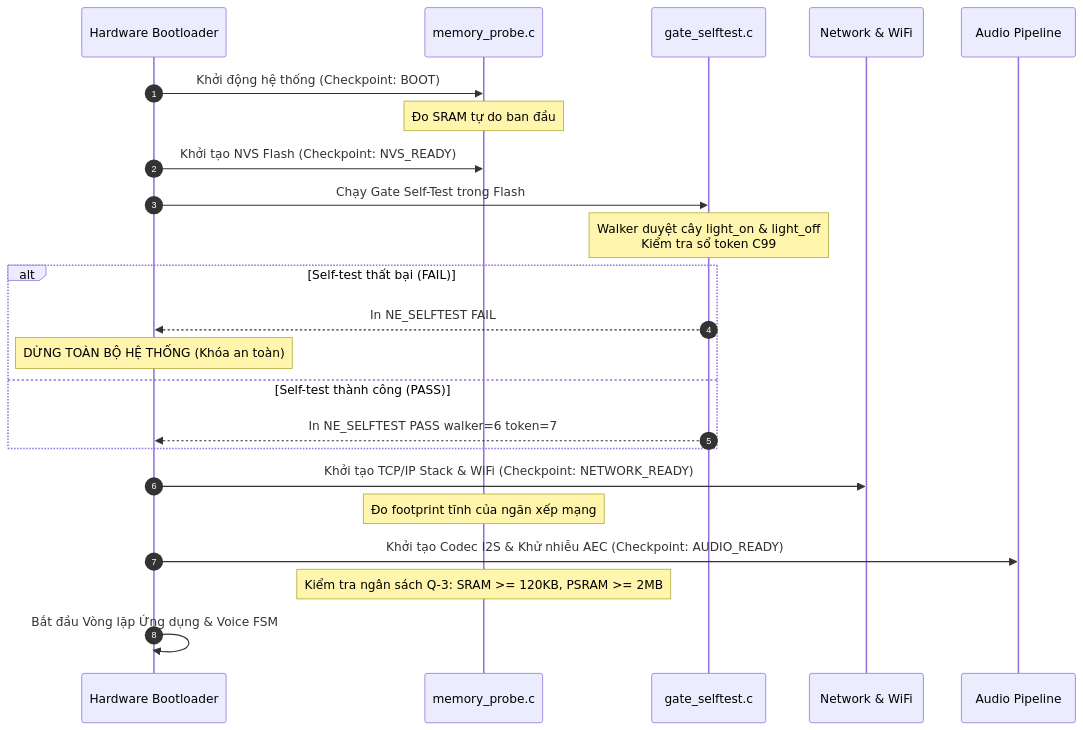
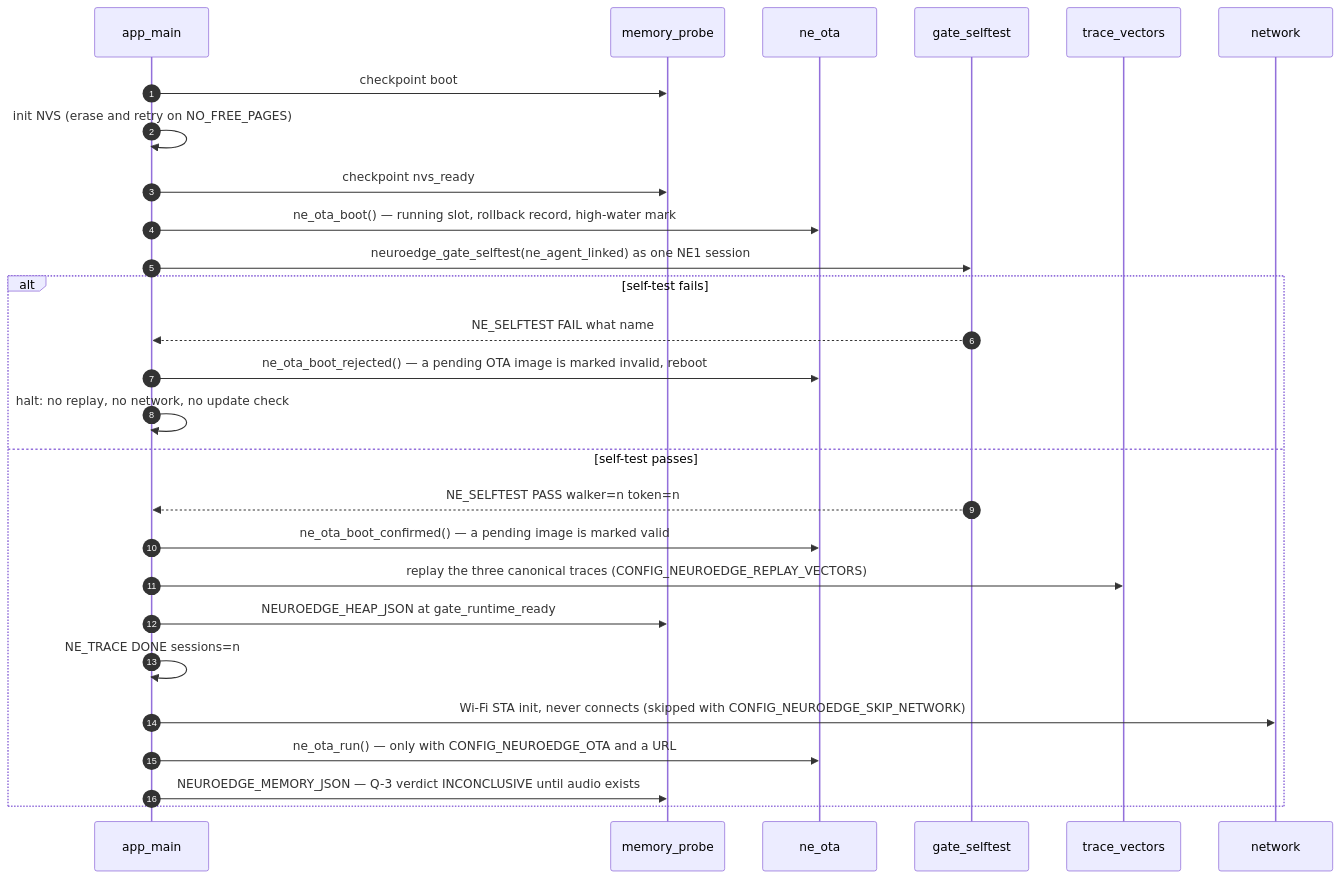
One commit to letrongminh/neuroedge-init changed the first of 2 diagrams in docs/architecture/vi/04-component-device-c4l3.md. Above: the diagram before and after it, drawn with Mermaid. The commit also changed other lines of this file and 63 other files, not shown here.

First line of the commit message:
docs(architecture): rebuild the suite from main — C4 L1–L4, deployment, ADR, NFR, VI/EN

````diff
--- a/docs/architecture/vi/04-component-device-c4l3.md
+++ b/docs/architecture/vi/04-component-device-c4l3.md
@@ -107,30 +91,29 @@
 ```mermaid
 sequenceDiagram
     autonumber
-    participant HW as Hardware Bootloader
-    participant M as memory_probe.c
-    participant G as gate_selftest.c
-    participant N as Network & WiFi
-    participant A as Audio Pipeline
-
-    HW->>M: Khởi động hệ thống (Checkpoint: BOOT)
-    Note over M: Đo SRAM tự do ban đầu
-    HW->>M: Khởi tạo NVS Flash (Checkpoint: NVS_READY)
-    
-    HW->>G: Chạy Gate Self-Test trong Flash
-    Note over G: Walker duyệt cây light_on & light_off<br/>Kiểm tra sổ token C99
-    alt Self-test thất bại (FAIL)
-        G-->>HW: In NE_SELFTEST FAIL
-        Note over HW: DỪNG TOÀN BỘ HỆ THỐNG (Khóa an toàn)
-    else Self-test thành công (PASS)
-        G-->>HW: In NE_SELFTEST PASS walker=6 token=7
+    participant M as app_main
+    participant P as memory_probe
+    participant O as ne_ota
+    participant S as gate_selftest
+    participant V as trace_vectors
+    participant N as network
+    M->>P: checkpoint boot
+    M->>M: init NVS (erase and retry on NO_FREE_PAGES)
+    M->>P: checkpoint nvs_ready
+    M->>O: ne_ota_boot() — running slot, rollback record, high-water mark
+    M->>S: neuroedge_gate_selftest(ne_agent_linked) as one NE1 session
+    alt self-test fails
+        S-->>M: NE_SELFTEST FAIL what name
+        M->>O: ne_ota_boot_rejected() — a pending OTA image is marked invalid, reboot
+        M->>M: halt: no replay, no network, no update check
+    else self-test passes
+        S-->>M: NE_SELFTEST PASS walker=n token=n
+        M->>O: ne_ota_boot_confirmed() — a pending image is marked valid
+        M->>V: replay the three canonical traces (CONFIG_NEUROEDGE_REPLAY_VECTORS)
+        M->>P: NEUROEDGE_HEAP_JSON at gate_runtime_ready
+        M->>M: NE_TRACE DONE sessions=n
+        M->>N: Wi-Fi STA init, never connects (skipped with CONFIG_NEUROEDGE_SKIP_NETWORK)
+        M->>O: ne_ota_run() — only with CONFIG_NEUROEDGE_OTA and a URL
+        M->>P: NEUROEDGE_MEMORY_JSON — Q-3 verdict INCONCLUSIVE until audio exists
     end
-
-    HW->>N: Khởi tạo TCP/IP Stack & WiFi (Checkpoint: NETWORK_READY)
-    Note over M: Đo footprint tĩnh của ngăn xếp mạng
-    
-    HW->>A: Khởi tạo Codec I2S & Khử nhiễu AEC (Checkpoint: AUDIO_READY)
-    Note over M: Kiểm tra ngân sách Q-3: SRAM >= 120KB, PSRAM >= 2MB
-    
-    HW->>HW: Bắt đầu Vòng lặp Ứng dụng & Voice FSM
 ```
````
